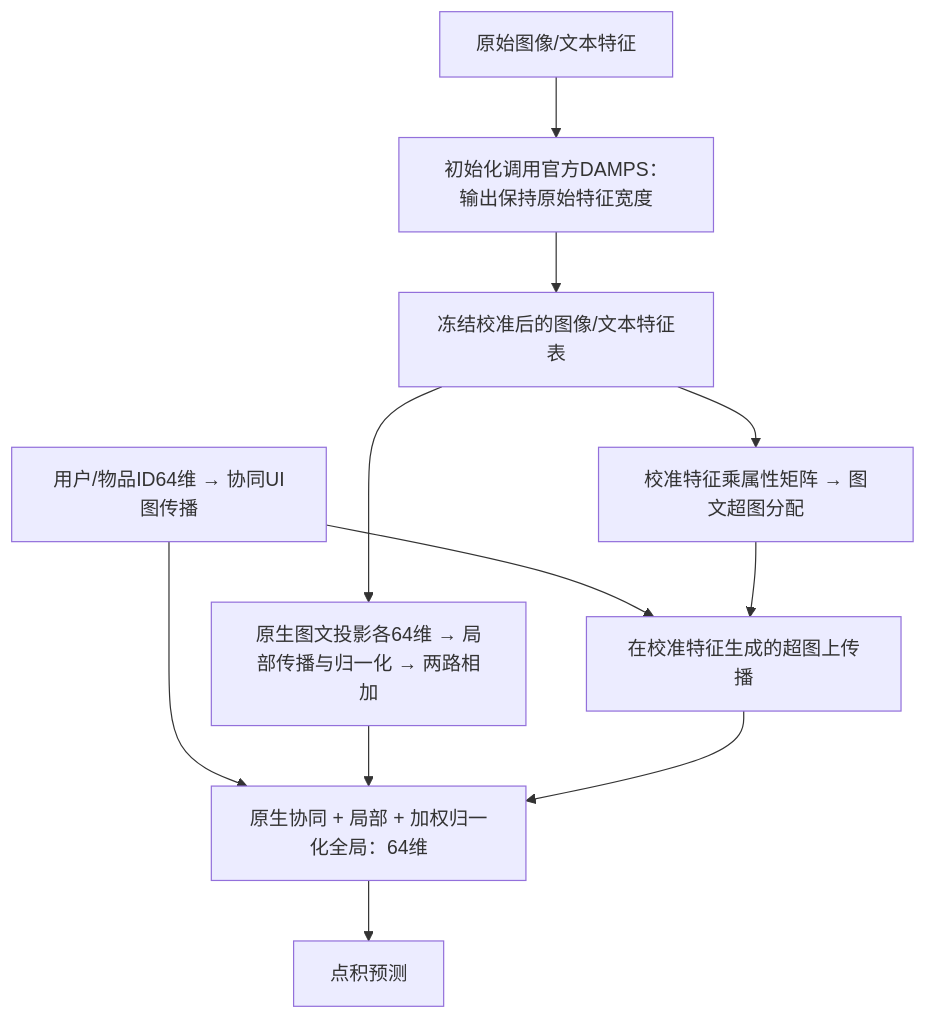
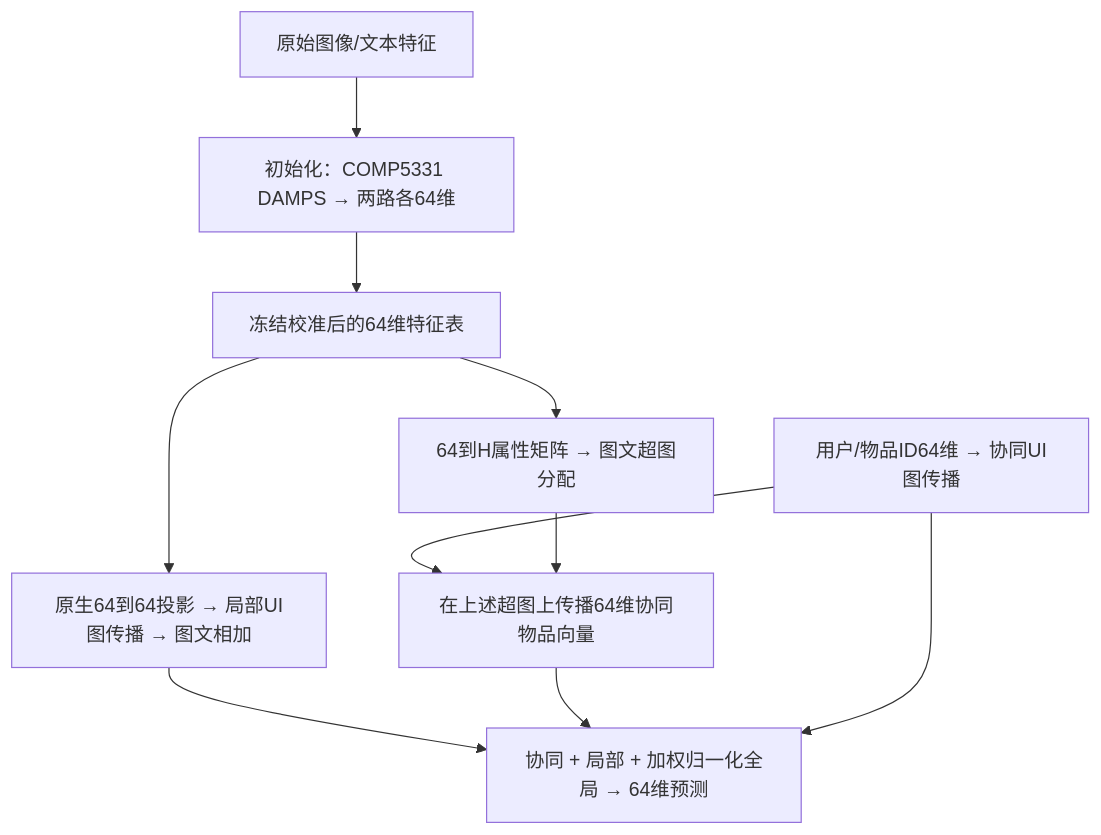
One commit to liyongqi2002/COMP5331 changed the third of 4 diagrams in docs/results/lgmrec/README.md. Above: the diagram before and after it, drawn with Mermaid. The commit also changed other lines of this file and 13 other files, not shown here.

Commit message:
Use shared COMP5331 DAMPS for official-style adapters and refresh results

````diff
--- a/docs/results/lgmrec/README.md
+++ b/docs/results/lgmrec/README.md
@@ -58,13 +62,12 @@
 ```mermaid
 flowchart TD
-    A["原始图像/文本特征"] --> B["初始化调用官方DAMPS：输出保持原始特征宽度"]
-    B --> D["冻结校准后的图像/文本特征表"]
-    D --> E["原生图文投影各64维 → 局部传播与归一化 → 两路相加"]
-    D --> F["校准特征乘属性矩阵 → 图文超图分配"]
-    C["用户/物品ID64维 → 协同UI图传播"] --> G["在校准特征生成的超图上传播"]
-    F --> G
-    C --> H["原生协同 + 局部 + 加权归一化全局：64维"]
-    E --> H
+    A["原始图像/文本特征"] --> B["初始化：COMP5331 DAMPS → 两路各64维"]
+    B --> C["冻结校准后的64维特征表"]
+    C --> D["原生64到64投影 → 局部UI图传播 → 图文相加"]
+    C --> E["64到H属性矩阵 → 图文超图分配"]
+    F["用户/物品ID64维 → 协同UI图传播"] --> G["在上述超图上传播64维协同物品向量"]
+    E --> G
+    D --> H["协同 + 局部 + 加权归一化全局 → 64维预测"]
     G --> H
-    H --> J["点积预测"]
+    F --> H
 ```
````
